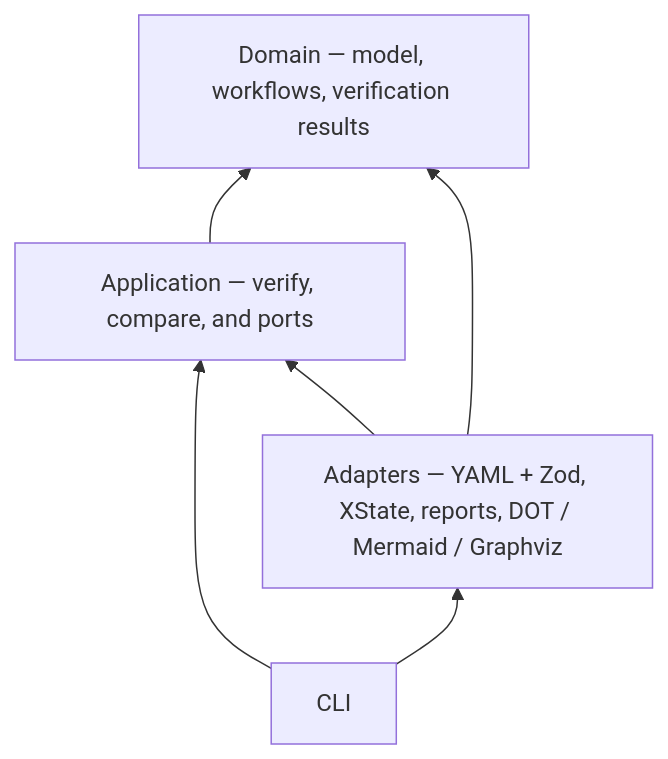
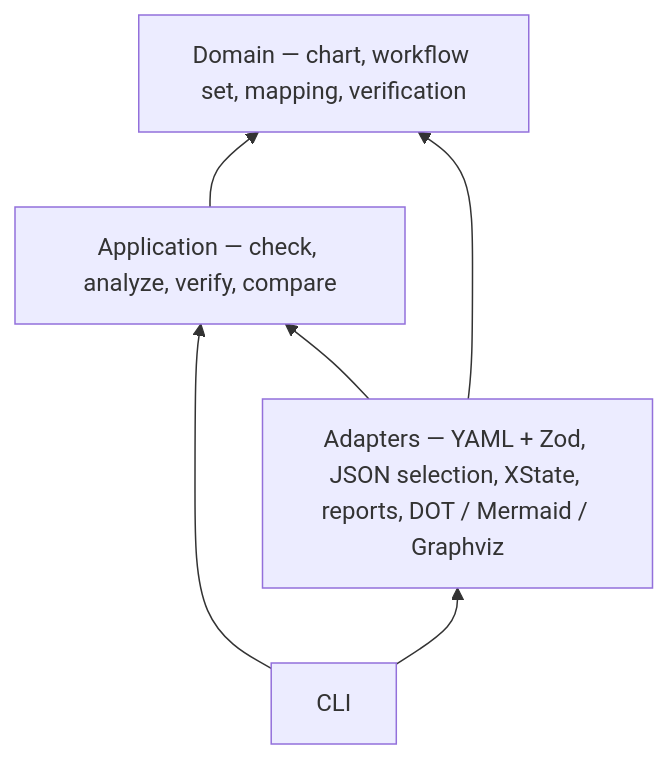
One commit to goan15910/clew changed the diagram in README.md. Above: the diagram before and after it, drawn with Mermaid. The commit also changed other lines of this file and 41 other files, not shown here.

First line of the commit message:
Let agents check charts and workflow sets, then prove each named flow.

````diff
--- a/README.md
+++ b/README.md
@@ -33,12 +40,12 @@
 ```mermaid
 flowchart BT
-  domain["Domain — model, workflows, verification results"]
-  application["Application — verify, compare, and ports"]
-  adapters["Adapters — YAML + Zod, XState, reports, DOT / Mermaid / Graphviz"]
+  domain["Domain — chart, workflow set, mapping, verification"]
+  application["Application — check, analyze, verify, compare"]
+  adapters["Adapters — YAML + Zod, JSON selection, XState, reports, DOT / Mermaid / Graphviz"]
   cli["CLI"]
   application --> domain
   adapters --> application
   adapters --> domain
   cli --> application
   cli --> adapters
 ```
````
